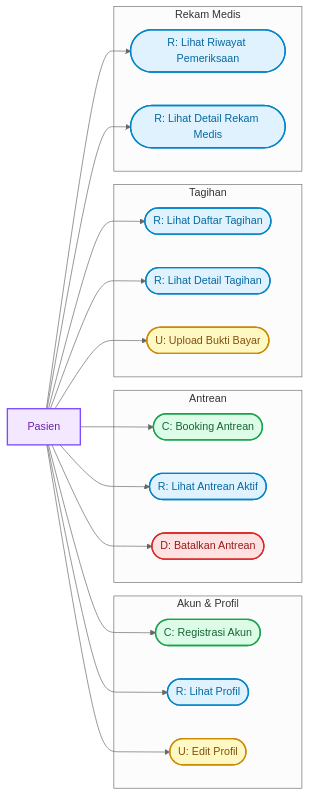
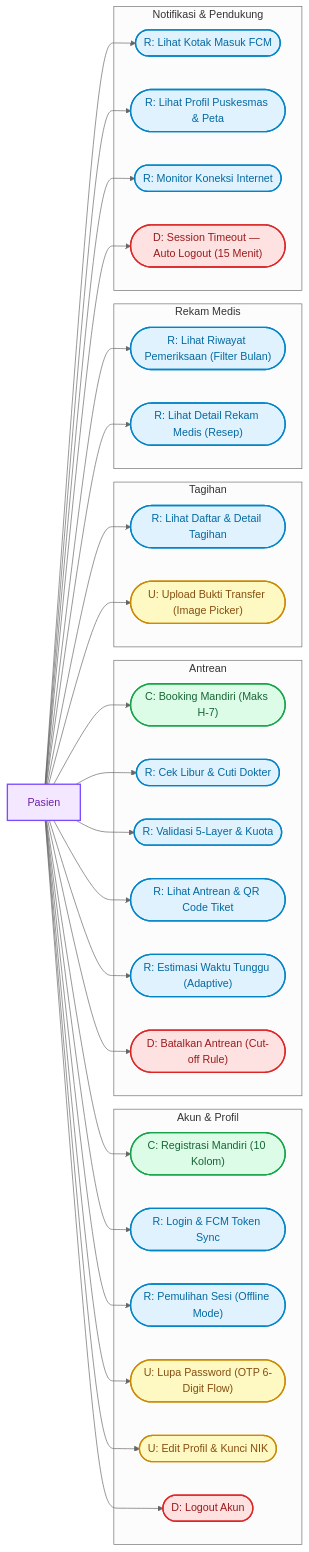
The second of 5 diagrams in dokumentasi/USECASE_DIAGRAM.md (Rezi14/NalaSeva-Mobile-Test), drawn with Mermaid (neutral theme) before and after one commit. The commit also changed other lines of this file and 32 other files, not shown here.

````diff
--- a/dokumentasi/USECASE_DIAGRAM.md
+++ b/dokumentasi/USECASE_DIAGRAM.md
@@ -146,45 +184,66 @@
 ```mermaid
 flowchart LR
   classDef actorStyle fill:#f3e8ff,stroke:#7c4dff,stroke-width:2px,color:#6b21a8;
   classDef cStyle fill:#dcfce7,stroke:#16a34a,stroke-width:2px,color:#166534;
   classDef rStyle fill:#e0f2fe,stroke:#0284c7,stroke-width:2px,color:#0369a1;
   classDef uStyle fill:#fef9c3,stroke:#ca8a04,stroke-width:2px,color:#854d0e;
   classDef dStyle fill:#fee2e2,stroke:#dc2626,stroke-width:2px,color:#991b1b;
 
   Pasien[Pasien]:::actorStyle
 
   subgraph Akun ["Akun & Profil"]
-    C1(["C: Registrasi Akun"]):::cStyle
-    R1(["R: Lihat Profil"]):::rStyle
-    U1(["U: Edit Profil"]):::uStyle
+    C1(["C: Registrasi Mandiri (10 Kolom)"]):::cStyle
+    R1(["R: Login & FCM Token Sync"]):::rStyle
+    R2(["R: Pemulihan Sesi (Offline Mode)"]):::rStyle
+    U1(["U: Lupa Password (OTP 6-Digit Flow)"]):::uStyle
+    U2(["U: Edit Profil & Kunci NIK"]):::uStyle
+    D1(["D: Logout Akun"]):::dStyle
   end
 
   subgraph Antrean ["Antrean"]
-    C2(["C: Booking Antrean"]):::cStyle
-    R2(["R: Lihat Antrean Aktif"]):::rStyle
-    D1(["D: Batalkan Antrean"]):::dStyle
+    C2(["C: Booking Mandiri (Maks H-7)"]):::cStyle
+    R3(["R: Cek Libur & Cuti Dokter"]):::rStyle
+    R4(["R: Validasi 5-Layer & Kuota"]):::rStyle
+    R5(["R: Lihat Antrean & QR Code Tiket"]):::rStyle
+    R6(["R: Estimasi Waktu Tunggu (Adaptive)"]):::rStyle
+    D2(["D: Batalkan Antrean (Cut-off Rule)"]):::dStyle
   end
 
   subgraph Tagihan ["Tagihan"]
-    R3(["R: Lihat Daftar Tagihan"]):::rStyle
-    R4(["R: Lihat Detail Tagihan"]):::rStyle
-    U2(["U: Upload Bukti Bayar"]):::uStyle
+    R7(["R: Lihat Daftar & Detail Tagihan"]):::rStyle
+    U3(["U: Upload Bukti Transfer (Image Picker)"]):::uStyle
   end
 
   subgraph RekamMedis ["Rekam Medis"]
-    R5(["R: Lihat Riwayat Pemeriksaan"]):::rStyle
-    R6(["R: Lihat Detail Rekam Medis"]):::rStyle
+    R8(["R: Lihat Riwayat Pemeriksaan (Filter Bulan)"]):::rStyle
+    R9(["R: Lihat Detail Rekam Medis (Resep)"]):::rStyle
+  end
+
+  subgraph NotifPeta ["Notifikasi & Pendukung"]
+    R10(["R: Lihat Kotak Masuk FCM"]):::rStyle
+    R11(["R: Lihat Profil Puskesmas & Peta"]):::rStyle
+    R12(["R: Monitor Koneksi Internet"]):::rStyle
+    D_ST(["D: Session Timeout — Auto Logout (15 Menit)"]):::dStyle
   end
 
   Pasien --> C1
   Pasien --> R1
+  Pasien --> R2
   Pasien --> U1
+  Pasien --> U2
+  Pasien --> D1
   Pasien --> C2
-  Pasien --> R2
-  Pasien --> D1
   Pasien --> R3
   Pasien --> R4
-  Pasien --> U2
   Pasien --> R5
   Pasien --> R6
+  Pasien --> D2
+  Pasien --> R7
+  Pasien --> U3
+  Pasien --> R8
+  Pasien --> R9
+  Pasien --> R10
+  Pasien --> R11
+  Pasien --> R12
+  Pasien --> D_ST
 ```
````
